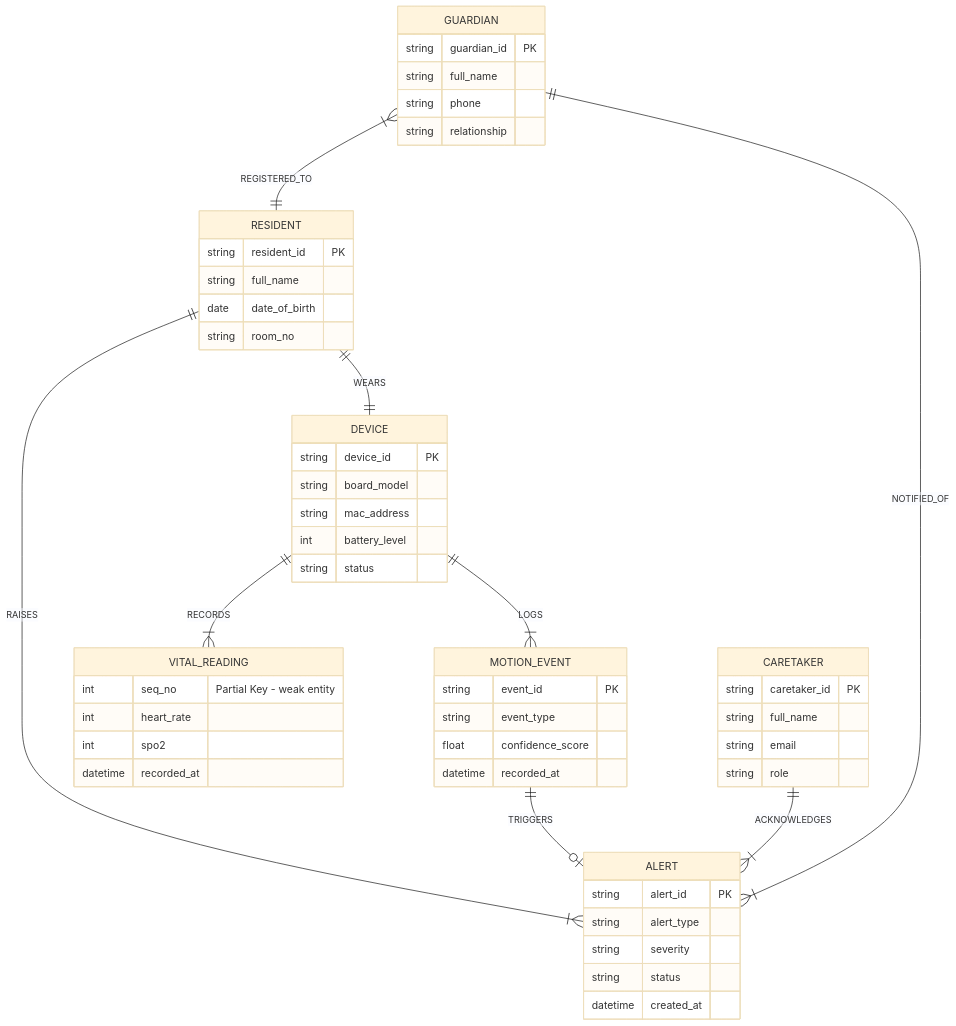
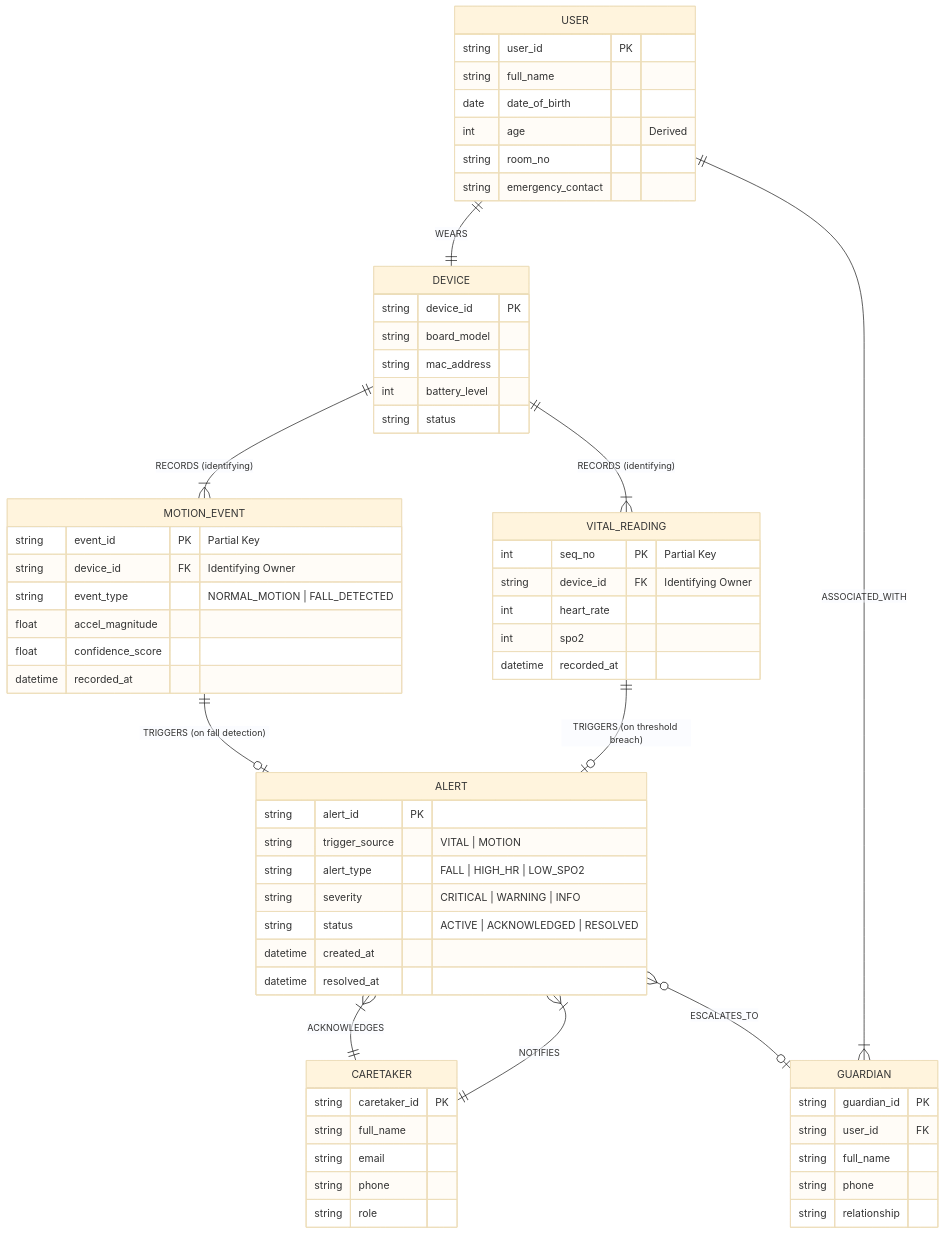
One commit to Aditya1kumbhar/vitalguard-c3 changed the second of 11 diagrams in VitalGuard_C3_Diagrams.md. Above: the diagram before and after it, drawn with Mermaid (base theme). The commit also changed other lines of this file and 58 other files, not shown here.

````diff
--- a/VitalGuard_C3_Diagrams.md
+++ b/VitalGuard_C3_Diagrams.md
@@ -102,56 +176,66 @@
 ```mermaid
 erDiagram
-    RESIDENT {
-        string resident_id PK
+    USER {
+        string user_id PK
         string full_name
         date date_of_birth
+        int age "Derived"
         string room_no
+        string emergency_contact
     }
     CARETAKER {
         string caretaker_id PK
         string full_name
         string email
+        string phone
         string role
     }
     DEVICE {
         string device_id PK
         string board_model
         string mac_address
         int battery_level
         string status
     }
     VITAL_READING {
-        int seq_no "Partial Key - weak entity"
+        int seq_no PK "Partial Key"
+        string device_id FK "Identifying Owner"
         int heart_rate
         int spo2
         datetime recorded_at
     }
     MOTION_EVENT {
-        string event_id PK
-        string event_type
+        string event_id PK "Partial Key"
+        string device_id FK "Identifying Owner"
+        string event_type "NORMAL_MOTION | FALL_DETECTED"
+        float accel_magnitude
         float confidence_score
         datetime recorded_at
     }
     ALERT {
         string alert_id PK
-        string alert_type
-        string severity
-        string status
+        string trigger_source "VITAL | MOTION"
+        string alert_type "FALL | HIGH_HR | LOW_SPO2"
+        string severity "CRITICAL | WARNING | INFO"
+        string status "ACTIVE | ACKNOWLEDGED | RESOLVED"
         datetime created_at
+        datetime resolved_at
     }
     GUARDIAN {
         string guardian_id PK
+        string user_id FK
         string full_name
         string phone
         string relationship
     }
 
-    RESIDENT ||--|| DEVICE : "WEARS"
-    DEVICE ||--|{ VITAL_READING : "RECORDS"
-    DEVICE ||--|{ MOTION_EVENT : "LOGS"
-    RESIDENT ||--|{ ALERT : "RAISES"
-    MOTION_EVENT ||--o| ALERT : "TRIGGERS"
+    USER ||--|| DEVICE : "WEARS"
+    DEVICE ||--|{ VITAL_READING : "RECORDS (identifying)"
+    DEVICE ||--|{ MOTION_EVENT : "RECORDS (identifying)"
+    VITAL_READING ||--o| ALERT : "TRIGGERS (on threshold breach)"
+    MOTION_EVENT ||--o| ALERT : "TRIGGERS (on fall detection)"
     CARETAKER ||--|{ ALERT : "ACKNOWLEDGES"
-    GUARDIAN }|--|| RESIDENT : "REGISTERED_TO"
-    GUARDIAN ||--|{ ALERT : "NOTIFIED_OF"
+    ALERT }|--|| CARETAKER : "NOTIFIES"
+    USER ||--|{ GUARDIAN : "ASSOCIATED_WITH"
+    ALERT }o--o| GUARDIAN : "ESCALATES_TO"
 ```
````
